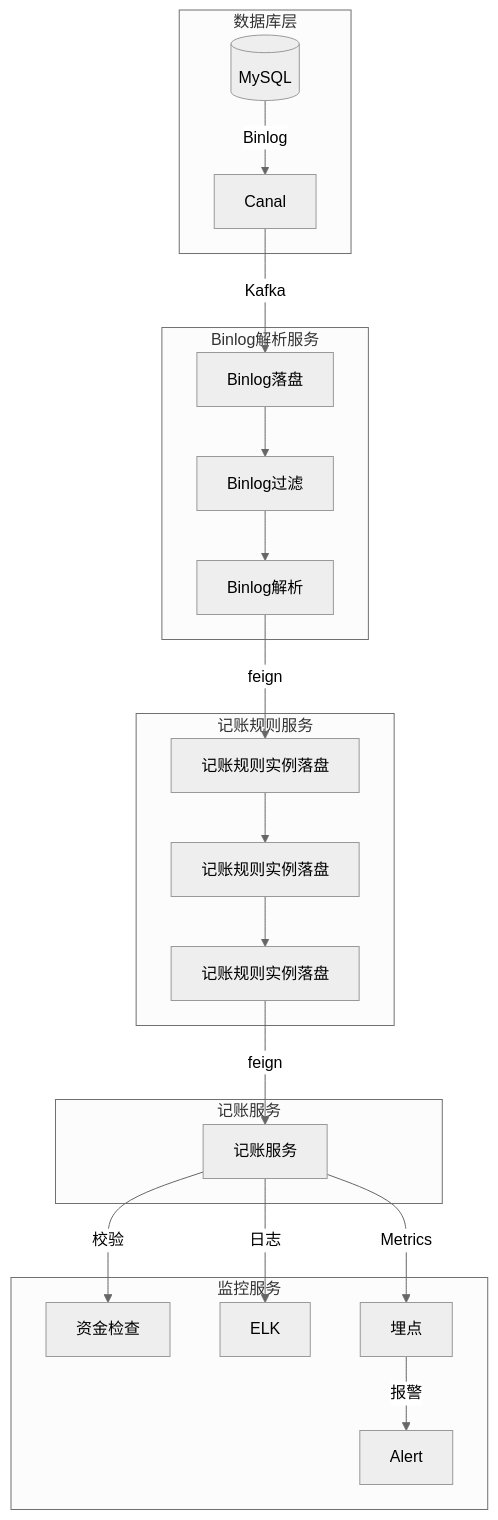
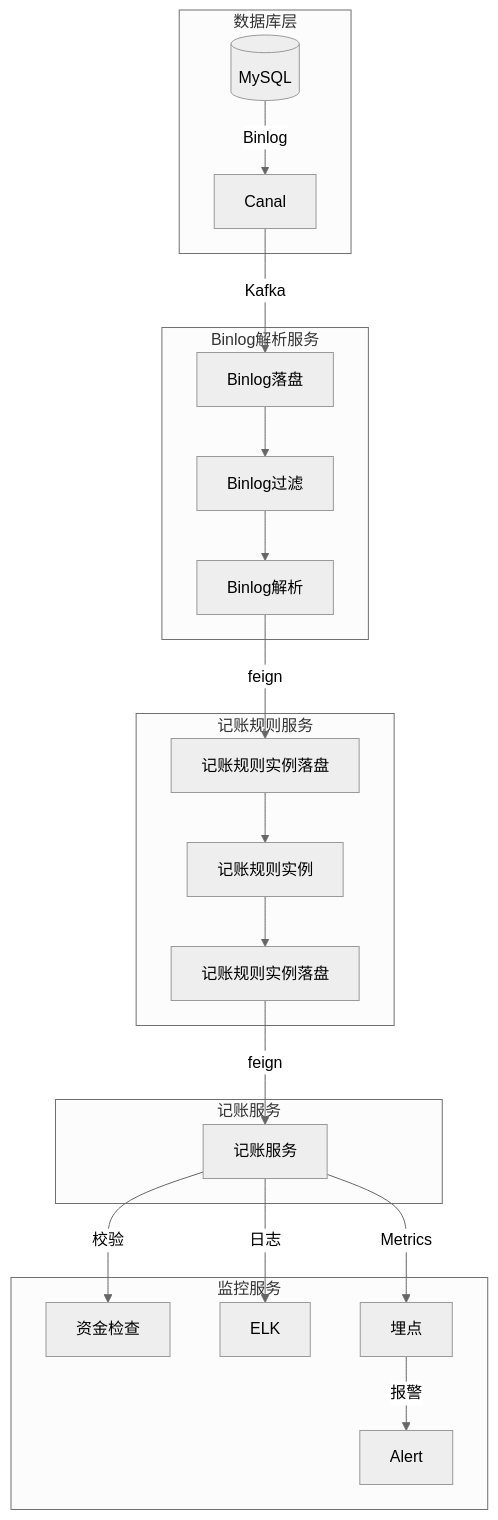
One commit to 87828943/iodraw-files changed the diagram in all/记账架构图.md. Above: the diagram before and after it, drawn with Mermaid (neutral theme).

Commit message:
2025-07-07 14:46:12 update

````diff
--- a/all/记账架构图.md
+++ b/all/记账架构图.md
@@ -1,25 +1,25 @@
 ```mermaid
 graph TB
     subgraph 数据库层
         DB[(MySQL)] -->|Binlog| Canal
     end
     subgraph Binlog解析服务
         Canal -->|Kafka| Binlog[Binlog落盘]
         Binlog --> Binlog1[Binlog过滤]
         Binlog1 --> Binlog2[Binlog解析]
     end
     subgraph 记账规则服务
         Binlog2 -->|feign| AccountingRule[记账规则实例落盘]
-        AccountingRule --> AccountingRule1[记账规则实例落盘]
+        AccountingRule --> AccountingRule1[记账规则实例]
         AccountingRule1 --> AccountingRule2[记账规则实例落盘] 
     end
     subgraph 记账服务
        AccountingRule2 -->|feign| Accounting[记账服务]
     end
     subgraph 监控服务
         Accounting --> |校验| 资金检查
         Accounting -->|日志| ELK
         Accounting -->|Metrics| 埋点
         埋点 -->|报警| Alert
     end
 ```
````
